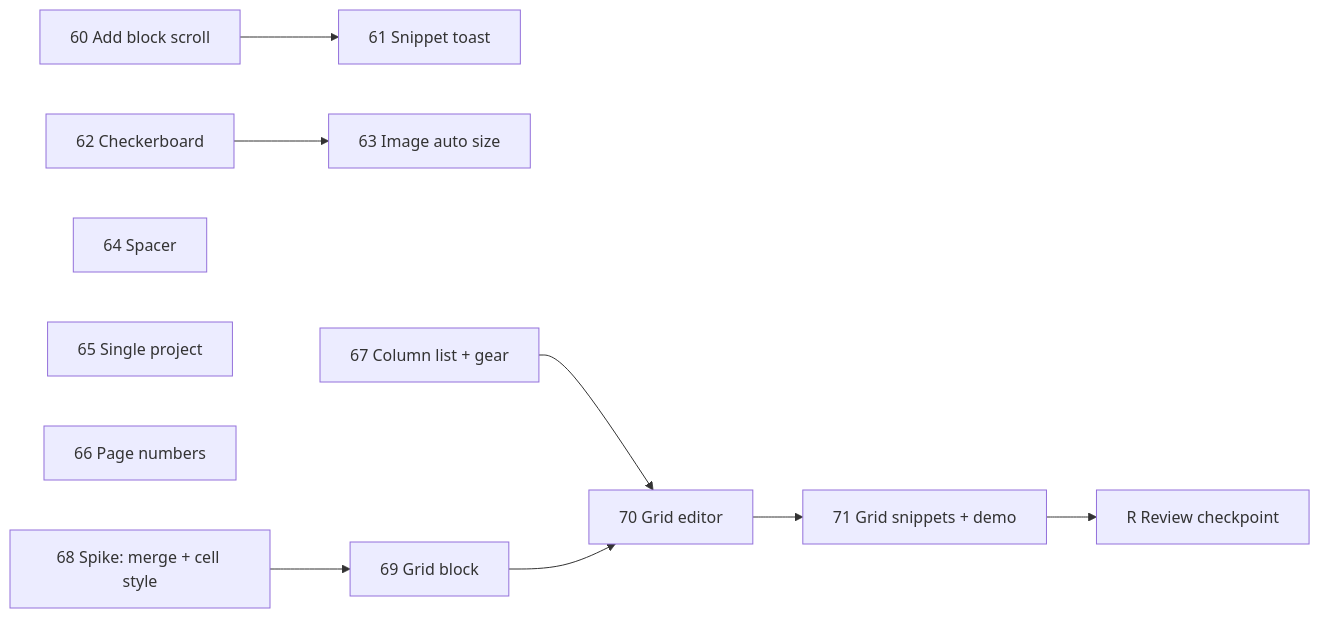
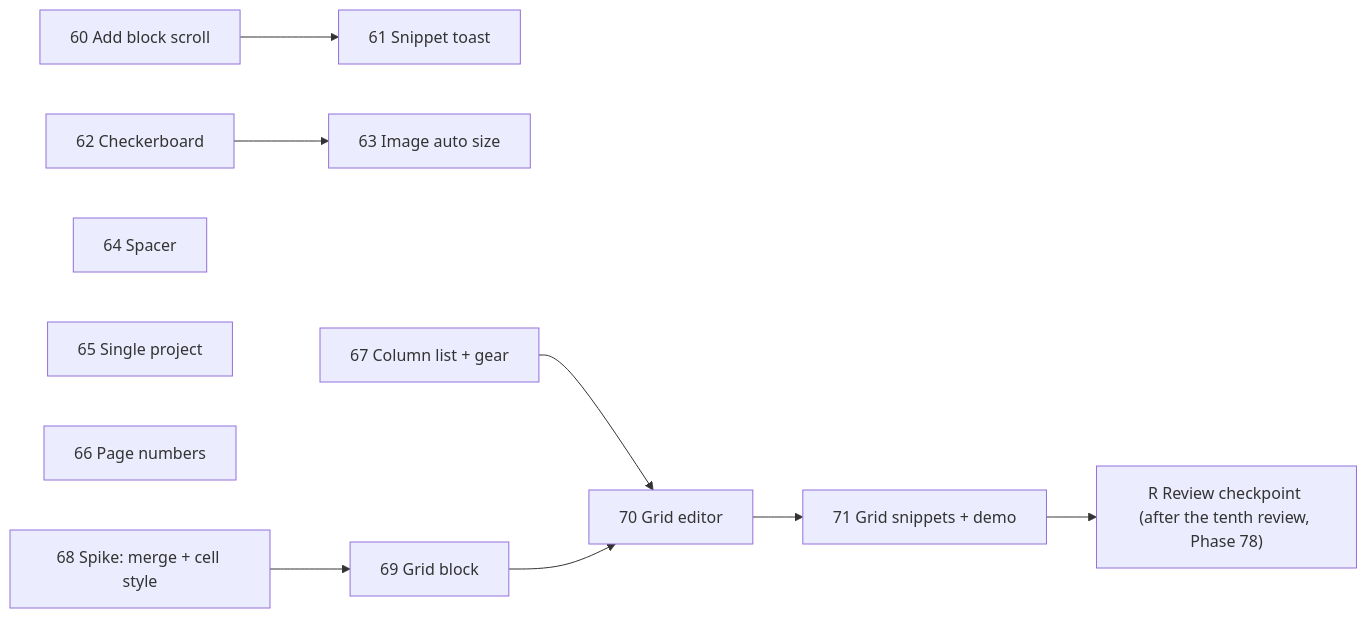
The third of 4 diagrams in docs/plans/module-10-reporting-and-analysis-plan.md (ballardr/reqtrackmanager), drawn with Mermaid before and after one commit. The commit also changed other lines of this file and 89 other files, not shown here.

````diff
--- a/docs/plans/module-10-reporting-and-analysis-plan.md
+++ b/docs/plans/module-10-reporting-and-analysis-plan.md
@@ -670,11 +686,11 @@
 ```mermaid
 flowchart LR
     P60["60 Add block scroll"] --> P61["61 Snippet toast"]
     P62["62 Checkerboard"] --> P63["63 Image auto size"]
     P64["64 Spacer"]
     P65["65 Single project"]
     P66["66 Page numbers"]
     P67["67 Column list + gear"] --> P70
     P68["68 Spike: merge + cell style"] --> P69["69 Grid block"] --> P70["70 Grid editor"] --> P71["71 Grid snippets + demo"]
-    P71 --> R["R Review checkpoint"]
+    P71 --> R["R Review checkpoint (after the tenth review, Phase 78)"]
 ```
````
